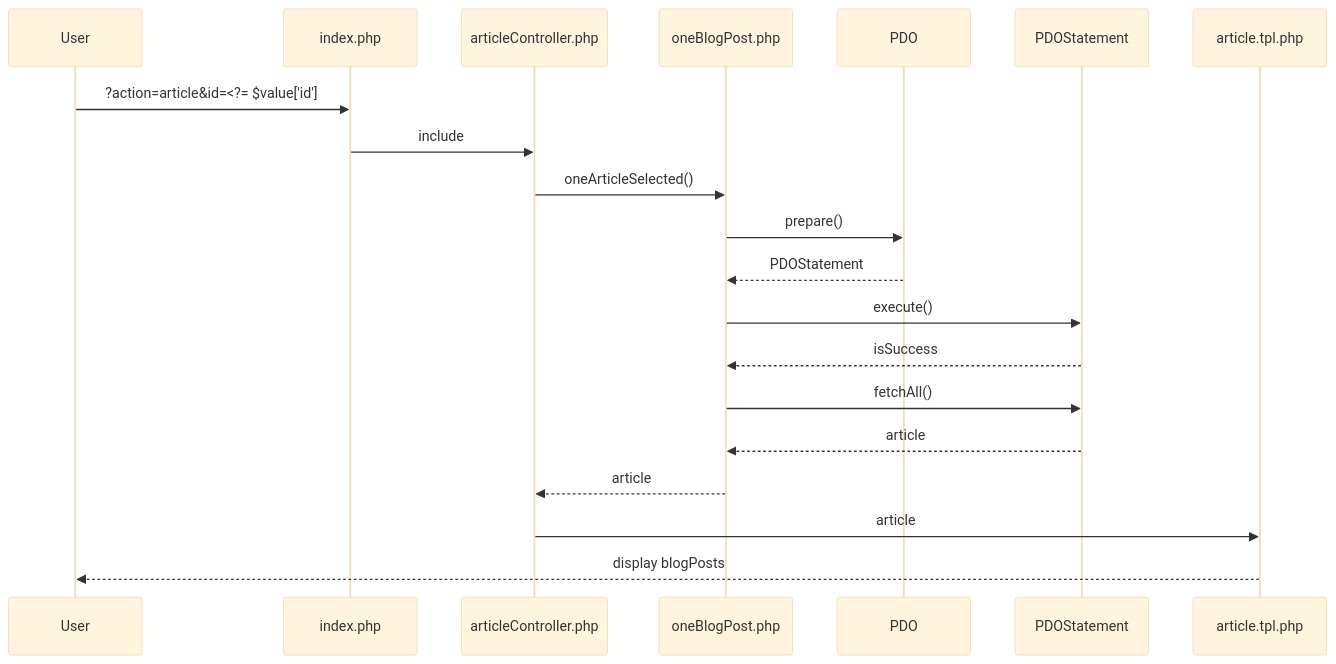
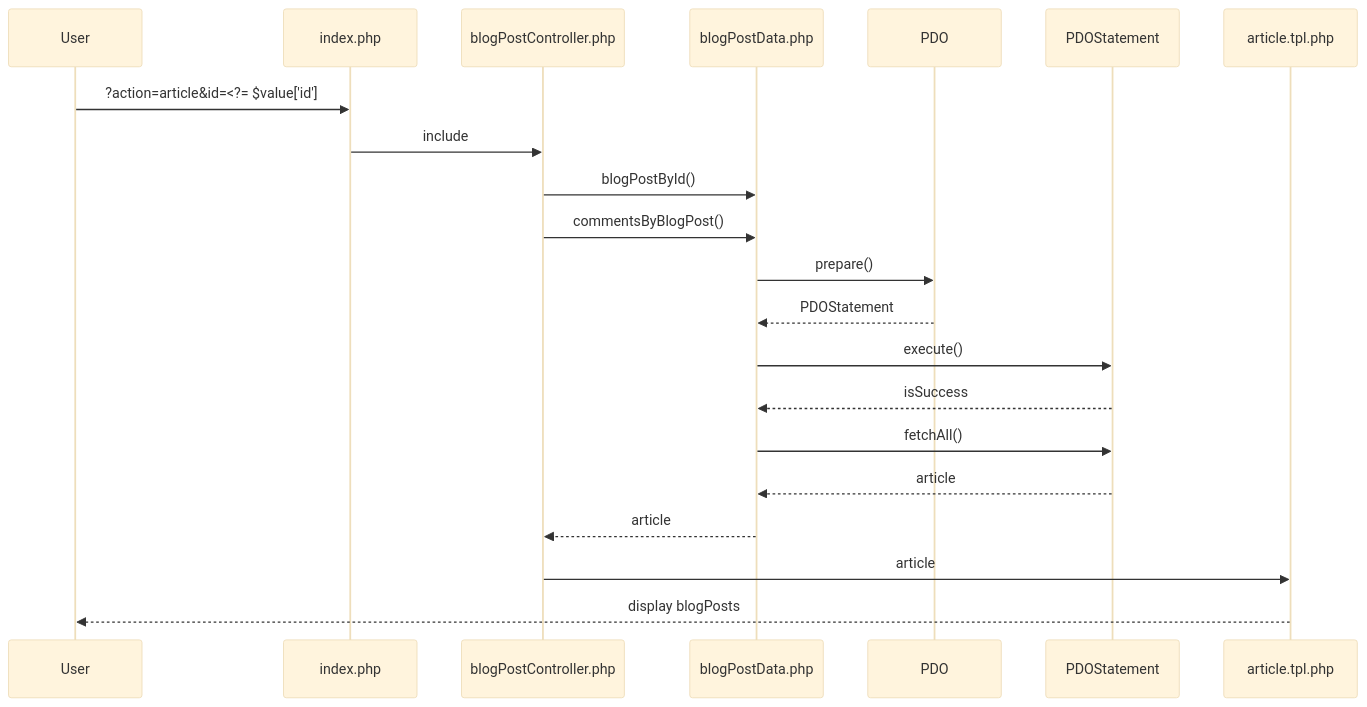
The third of 4 diagrams in doc/diagramm.md (jamilabidi/blog), drawn with Mermaid (base theme) before and after one commit. The commit also changed other lines of this file and 7 other files, not shown here.

````diff
--- a/doc/diagramm.md
+++ b/doc/diagramm.md
@@ -28,15 +28,16 @@
 ```mermaid
 sequenceDiagram
 User->>index.php: ?action=article&id=<?= $value['id']
-index.php->>articleController.php: include
-articleController.php->>oneBlogPost.php: oneArticleSelected()
-oneBlogPost.php->>PDO: prepare()
-PDO-->>oneBlogPost.php: PDOStatement
-oneBlogPost.php->>PDOStatement: execute()
-PDOStatement-->>oneBlogPost.php: isSuccess
-oneBlogPost.php->>PDOStatement: fetchAll()
-PDOStatement-->>oneBlogPost.php: article
-oneBlogPost.php-->>articleController.php: article
-articleController.php->>article.tpl.php: article
+index.php->>blogPostController.php: include
+blogPostController.php->>blogPostData.php: blogPostById()
+blogPostController.php->>blogPostData.php: commentsByBlogPost()
+blogPostData.php->>PDO: prepare()
+PDO-->>blogPostData.php: PDOStatement
+blogPostData.php->>PDOStatement: execute()
+PDOStatement-->>blogPostData.php: isSuccess
+blogPostData.php->>PDOStatement: fetchAll()
+PDOStatement-->>blogPostData.php: article
+blogPostData.php-->>blogPostController.php: article
+blogPostController.php->>article.tpl.php: article
 article.tpl.php-->>User: display blogPosts
 ```
````
